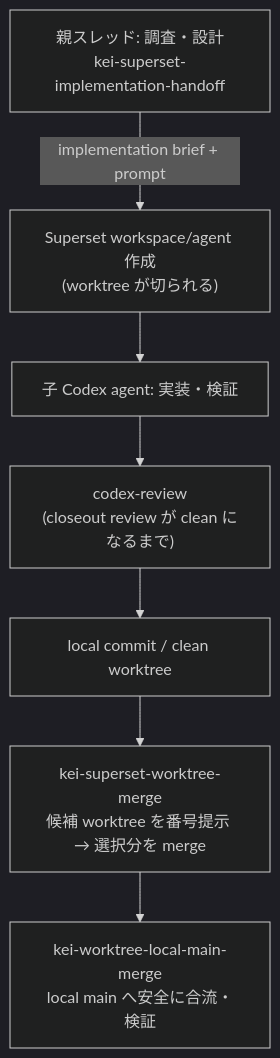
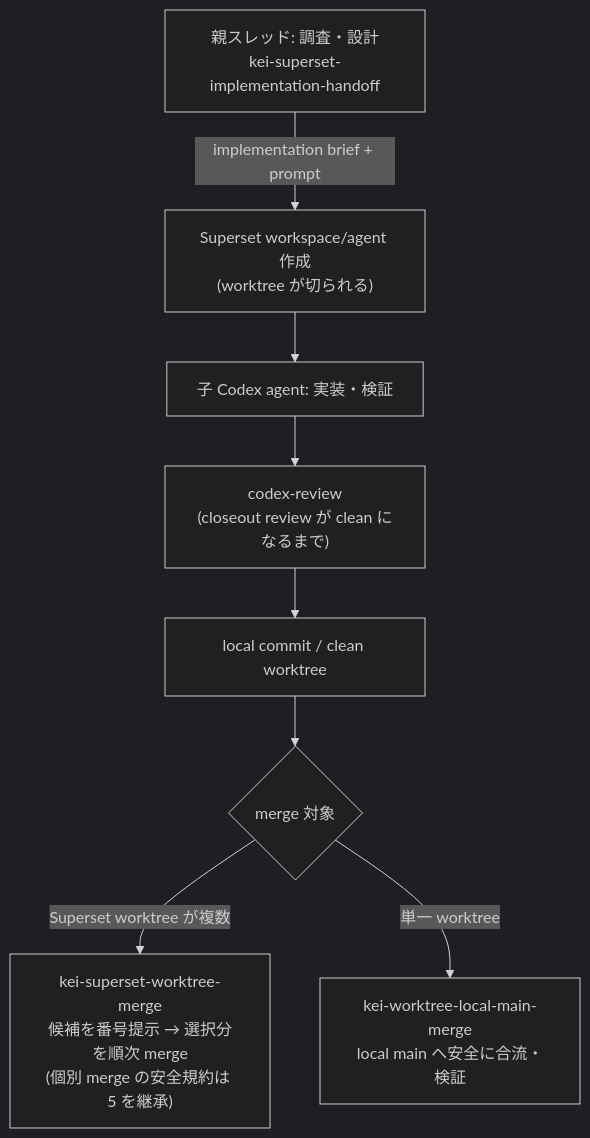
The diagram in README.md (kei-prog/superset-handoff-flow), drawn with Mermaid (dark theme) before and after one commit. The commit also changed other lines of this file, not shown here.

Commit message:
Clarify that the two merge skills are alternatives, not sequential
kei-superset-worktree-merge is a batch/selection wrapper that inherits
kei-worktree-local-main-merge's per-merge safety rules; the flow diagram
previously showed them running in sequence.

````diff
--- a/README.md
+++ b/README.md
@@ -9,9 +9,10 @@
 ```mermaid
 flowchart TD
     A["親スレッド: 調査・設計<br/>kei-superset-implementation-handoff"] -->|implementation brief + prompt| B["Superset workspace/agent 作成<br/>(worktree が切られる)"]
     B --> C["子 Codex agent: 実装・検証"]
     C --> D["codex-review<br/>(closeout review が clean になるまで)"]
     D --> E["local commit / clean worktree"]
-    E --> F["kei-superset-worktree-merge<br/>候補 worktree を番号提示 → 選択分を merge"]
-    F --> G["kei-worktree-local-main-merge<br/>local main へ安全に合流・検証"]
+    E --> F{merge 対象}
+    F -->|Superset worktree が複数| G["kei-superset-worktree-merge<br/>候補を番号提示 → 選択分を順次 merge<br/>(個別 merge の安全規約は 5 を継承)"]
+    F -->|単一 worktree| H["kei-worktree-local-main-merge<br/>local main へ安全に合流・検証"]
 ```
````
